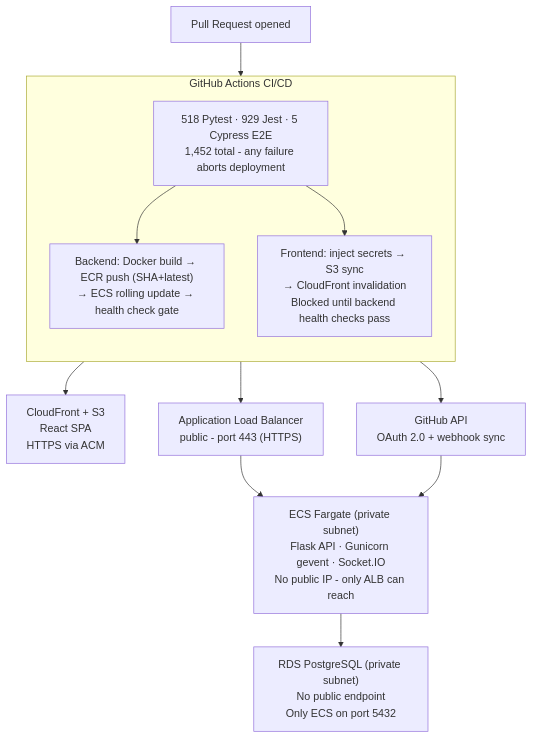
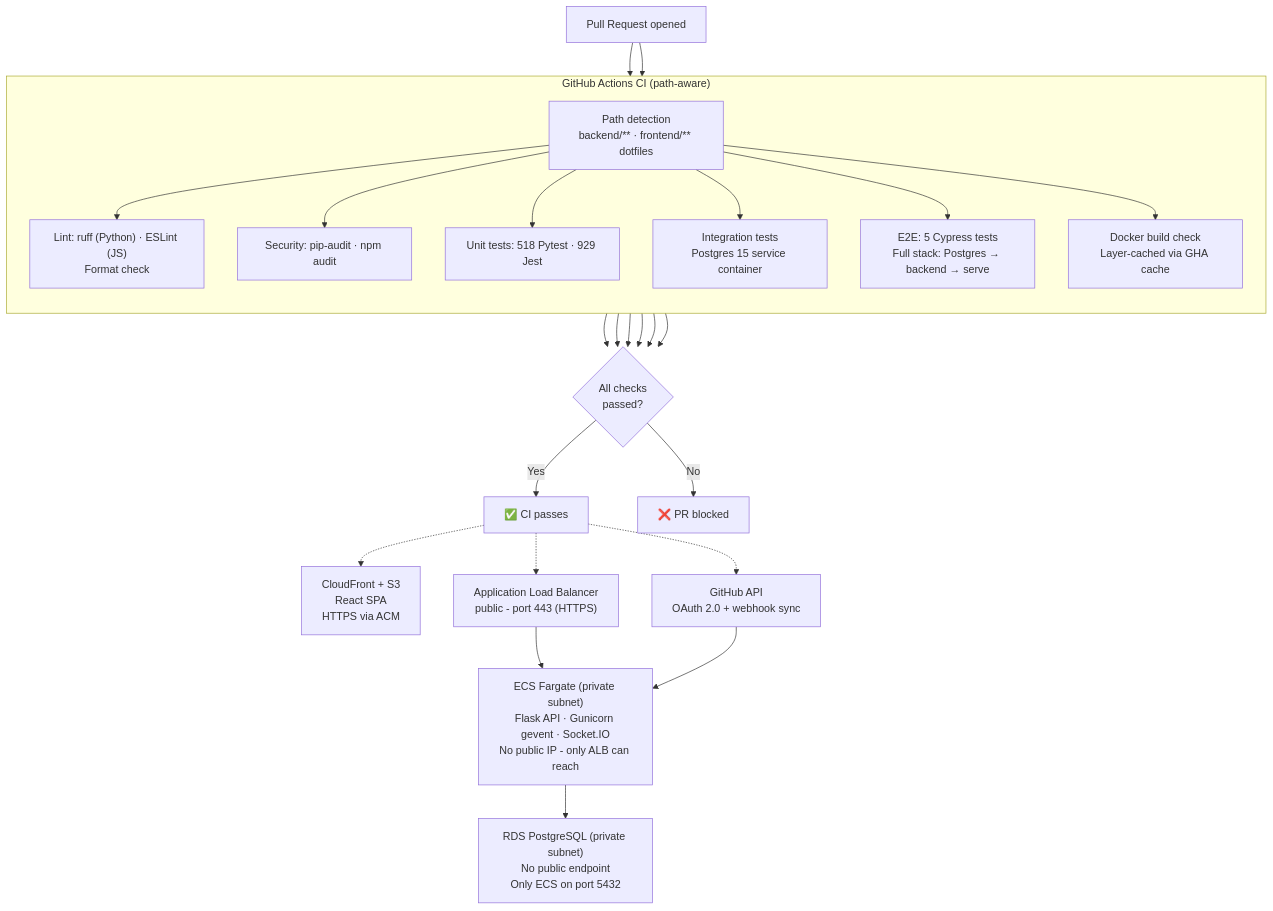
The first of 6 diagrams in README.md (AhmedIkram05/devsync), drawn with Mermaid before and after one commit. The commit also changed other lines of this file, not shown here.

Commit message:
docs: Update README to reflect enhanced CI pipeline with linting, security checks, and detailed flowchart for deployment process

````diff
--- a/README.md
+++ b/README.md
@@ -50,26 +59,37 @@
 ```mermaid
 flowchart TD
     PR[Pull Request opened] --> CI
  
-    subgraph CI["GitHub Actions CI/CD"]
+    subgraph CI["GitHub Actions CI (path-aware)"]
         direction TB
-        tests["518 Pytest · 929 Jest · 5 Cypress E2E\n1,452 total - any failure aborts deployment"]
-        tests --> be_deploy["Backend: Docker build → ECR push (SHA+latest)\n→ ECS rolling update → health check gate"]
-        tests --> fe_deploy["Frontend: inject secrets → S3 sync\n→ CloudFront invalidation\nBlocked until backend health checks pass"]
+        changes["Path detection\nbackend/** · frontend/** dotfiles"]
+        lint["Lint: ruff (Python) · ESLint (JS)\nFormat check"]
+        security["Security: pip-audit · npm audit"]
+        unit["Unit tests: 518 Pytest · 929 Jest"]
+        integration["Integration tests\nPostgres 15 service container"]
+        e2e["E2E: 5 Cypress tests\nFull stack: Postgres → backend → serve"]
+        docker["Docker build check\nLayer-cached via GHA cache"]
     end
  
-    CI --> CF
-    CI --> ALB
-    CI --> GH
+    PR --> changes
+    changes --> lint
+    changes --> security
+    changes --> unit
+    changes --> integration
+    changes --> e2e
+    changes --> docker
+    lint & security & unit & integration & e2e & docker --> Gate{"All checks\npassed?"}
+    Gate -->|"Yes"| DeployOK["✅ CI passes"]
+    Gate -->|"No"| DeployFail["❌ PR blocked"]
  
-    CF["CloudFront + S3\nReact SPA\nHTTPS via ACM"]
-    ALB["Application Load Balancer\npublic - port 443 (HTTPS)"]
-    GH["GitHub API\nOAuth 2.0 + webhook sync"]
+    DeployOK -.-> CF["CloudFront + S3\nReact SPA\nHTTPS via ACM"]
+    DeployOK -.-> ALB["Application Load Balancer\npublic - port 443 (HTTPS)"]
+    DeployOK -.-> GH["GitHub API\nOAuth 2.0 + webhook sync"]
  
     ALB --> ECS
     GH --> ECS
  
     ECS["ECS Fargate (private subnet)\nFlask API · Gunicorn gevent · Socket.IO\nNo public IP - only ALB can reach"]
  
     ECS --> RDS["RDS PostgreSQL (private subnet)\nNo public endpoint\nOnly ECS on port 5432"]
 ```
````
